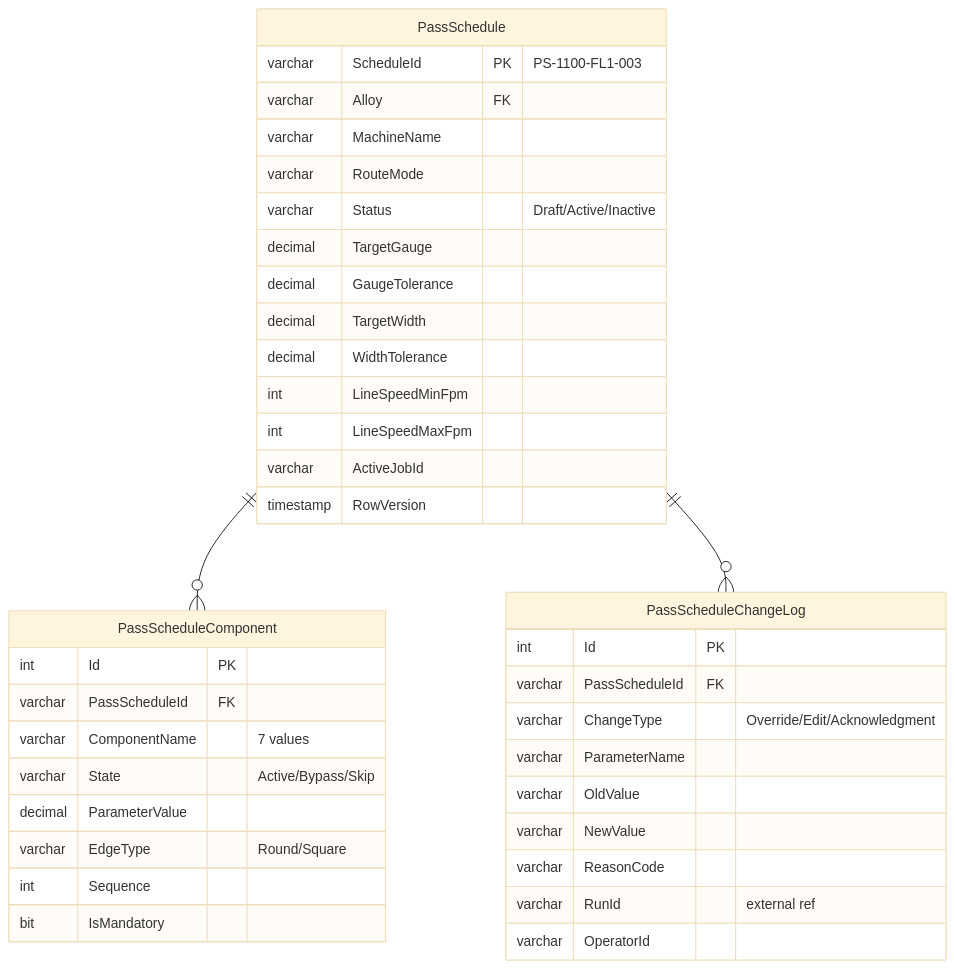
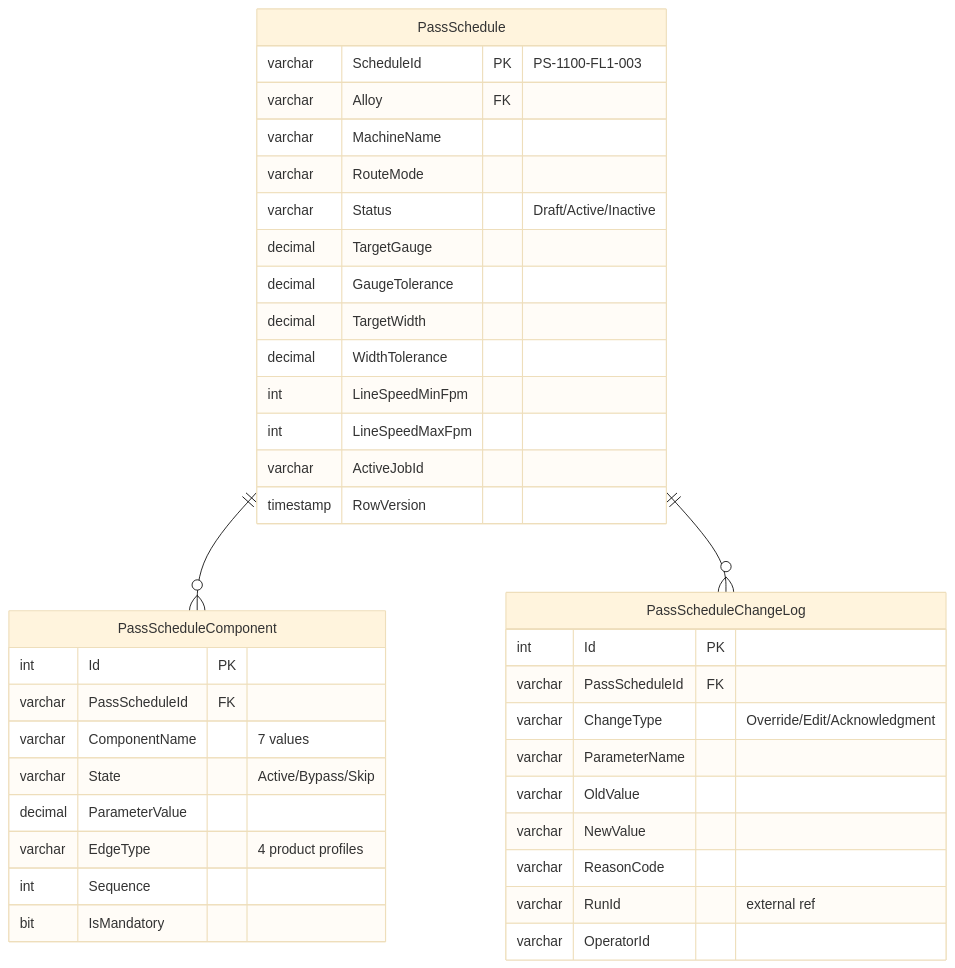
Before and after one commit to UnitedAluminum/Flatwire-planning: the fourth of 7 diagrams in 30-database/DatabaseDesign.md, drawn with Mermaid (base theme). The commit also changed other lines of this file and 14 other files, not shown here.

Commit message:
updated schema

````diff
--- a/30-database/DatabaseDesign.md
+++ b/30-database/DatabaseDesign.md
@@ -848,41 +851,41 @@
 ```mermaid
 erDiagram
     PassSchedule {
         varchar ScheduleId PK "PS-1100-FL1-003"
         varchar Alloy FK
         varchar MachineName
         varchar RouteMode
         varchar Status "Draft/Active/Inactive"
         decimal TargetGauge
         decimal GaugeTolerance
         decimal TargetWidth
         decimal WidthTolerance
         int LineSpeedMinFpm
         int LineSpeedMaxFpm
         varchar ActiveJobId
         timestamp RowVersion
     }
     PassScheduleComponent {
         int Id PK
         varchar PassScheduleId FK
         varchar ComponentName "7 values"
         varchar State "Active/Bypass/Skip"
         decimal ParameterValue
-        varchar EdgeType "Round/Square"
+        varchar EdgeType "4 product profiles"
         int Sequence
         bit IsMandatory
     }
     PassScheduleChangeLog {
         int Id PK
         varchar PassScheduleId FK
         varchar ChangeType "Override/Edit/Acknowledgment"
         varchar ParameterName
         varchar OldValue
         varchar NewValue
         varchar ReasonCode
         varchar RunId "external ref"
         varchar OperatorId
     }
     PassSchedule ||--o{ PassScheduleComponent : ""
     PassSchedule ||--o{ PassScheduleChangeLog : ""
 ```
````
